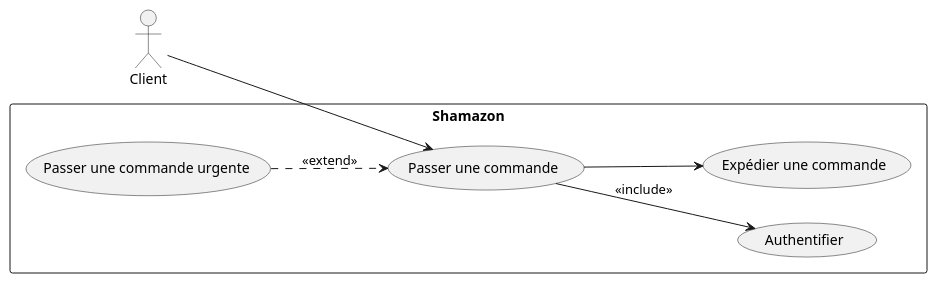
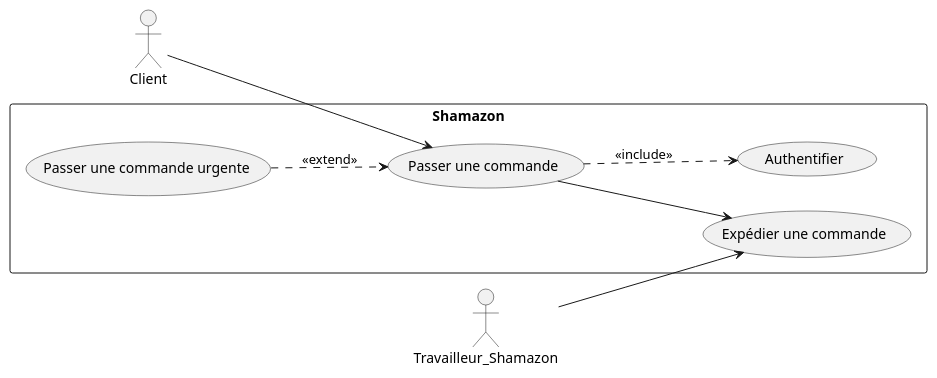
Before and after one commit to MonsieurClavett/1SY-AnalyseObjet: the diagram in UML/Exercices01/question02.1.wsd, drawn with PlantUML. The commit also changed 1 other file, not shown here.

```diff
--- a/UML/Exercices01/question02.1.wsd
+++ b/UML/Exercices01/question02.1.wsd
@@ -1,19 +1,22 @@
 @startuml
 left to right direction
 
 actor Client
+actor Travailleur_Shamazon
+
 
 rectangle "Shamazon" {
     usecase "Passer une commande" as UC1
     usecase "Passer une commande urgente" as UC1_2
     usecase "Authentifier" as UC2
     usecase "Expédier une commande" as UC3
 }
 
+Travailleur_Shamazon --> UC3
 Client --> UC1
-UC1 --> UC2 : <<include>>
+UC1 .-> UC2 : <<include>>
 UC1_2 .-> UC1 : <<extend>>
 UC1 --> UC3
 
 
 @enduml
```
